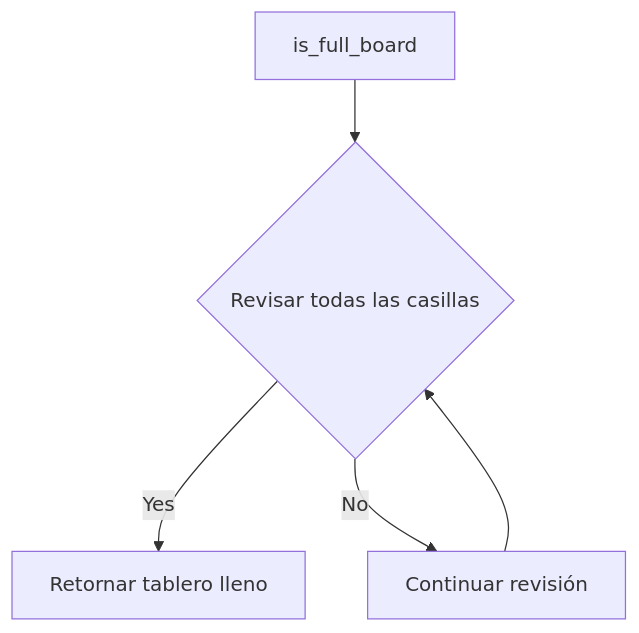
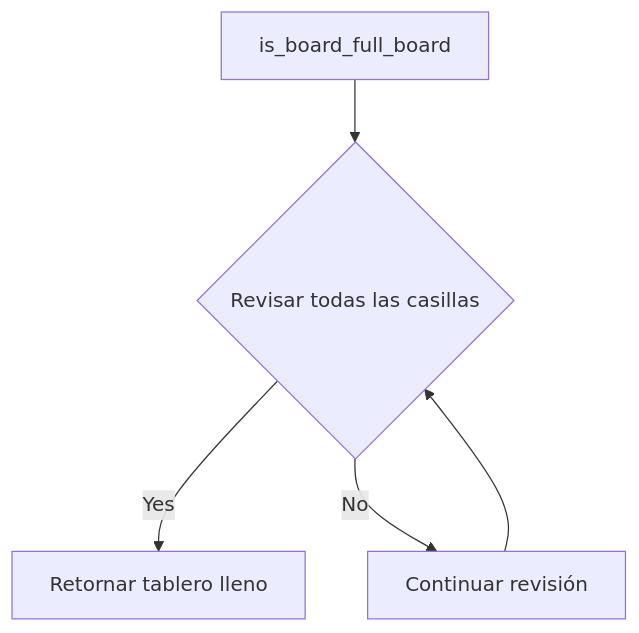
One commit to abelranni/lenguajes-estructurados changed the fourth of 7 diagrams in programas/tateti/doc/diagramas.md. Above: the diagram before and after it, drawn with Mermaid. The commit also changed other lines of this file and 24 other files, not shown here.

````diff
--- a/programas/tateti/doc/diagramas.md
+++ b/programas/tateti/doc/diagramas.md
@@ -65,8 +65,8 @@
 ```mermaid
 graph TD
-    A[is_full_board] --> B{Revisar todas las casillas}
+    A[is_board_full_board] --> B{Revisar todas las casillas}
     B -->|Yes| C[Retornar tablero lleno]
     B -->|No| D[Continuar revisión]
     D --> B
 
 ```
````
